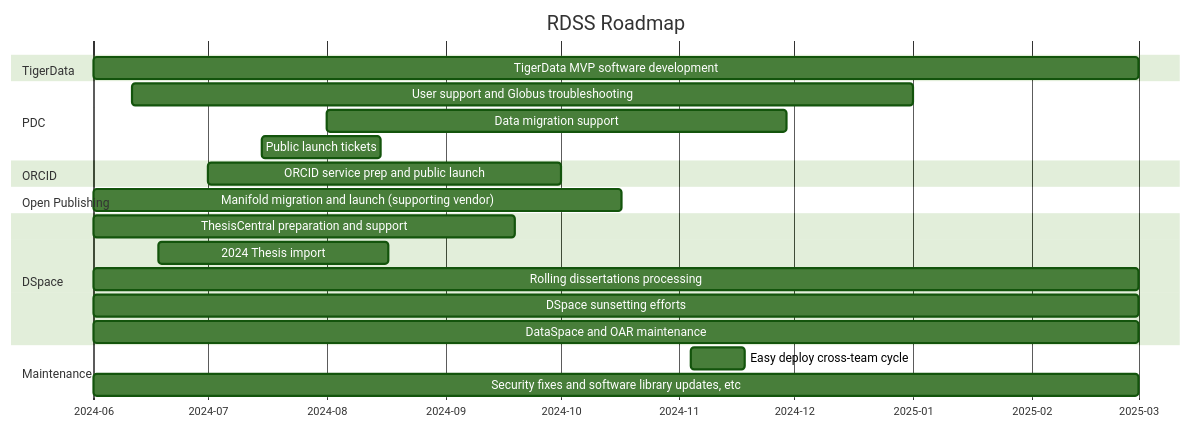
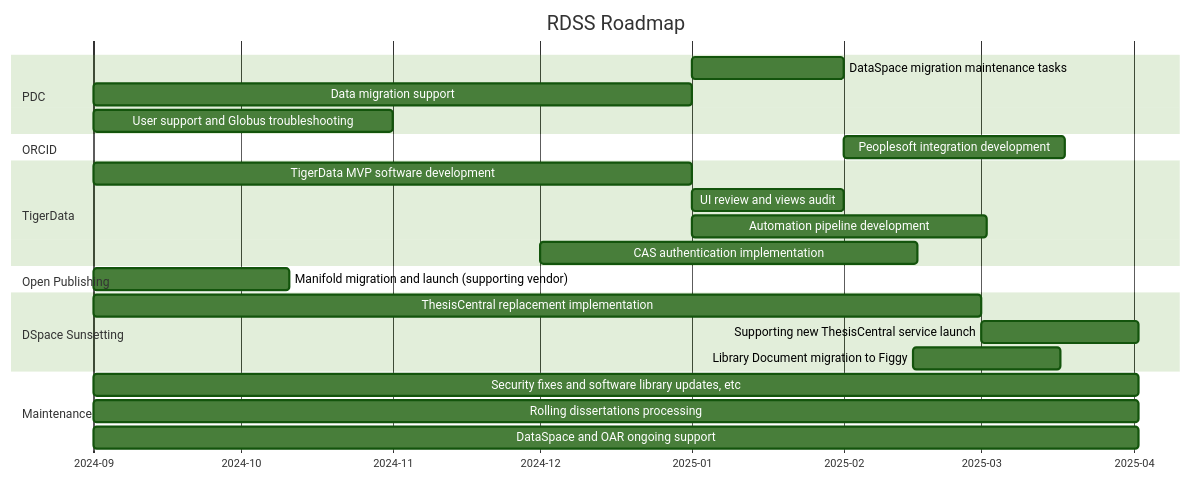
The diagram in roadmap.md (pulibrary/rdss-handbook), drawn with Mermaid (forest theme) before and after one commit.

Commit message:
Added draft first quarter roadmap

````diff
--- a/roadmap.md
+++ b/roadmap.md
@@ -5,25 +5,27 @@
 ```mermaid
 gantt
     title RDSS Roadmap
     axisFormat  %Y-%m
     dateformat YYYY-MM
+    section PDC
+    DataSpace migration maintenance tasks: pd1,2025-01-01,31d
+    Data migration support: pd2,2024-09-01,122d
+    User support and Globus troubleshooting: pd3,2024-09-01,61d
+    section ORCID
+    Peoplesoft integration development: or1,2025-02-01,45d
     section TigerData
-    TigerData MVP software development: td1,2024-06-01,273d
-    section PDC
-    User support and Globus troubleshooting: pd1,2024-06-11,204d
-    Data migration support: pd2, 2024-08-01,120d
-    Public launch tickets: pd3,2024-07-15,31d
-    section ORCID
-    ORCID service prep and public launch: or1,2024-07-01,92d
+    TigerData MVP software development: td1,2024-09-01,122d
+    UI review and views audit: td2,2025-01-01, 31d
+    Automation pipeline development: td3,2025-01-01,60d 
+    CAS authentication implementation: td4,2024-12-01,77d
     section Open Publishing
-    Manifold migration and launch (supporting vendor): op1,2024-06-01,138d
-    section DSpace
-    ThesisCentral preparation and support: dsp1,2024-06-01,110d
-    2024 Thesis import: dsp2,2024-06-18,60d
-    Rolling dissertations processing: dsp3,2024-06-01,273d
-    DSpace sunsetting efforts: dsp4,2024-06-01,273d
-    DataSpace and OAR maintenance: dsp5,2024-06-01,273d
+    Manifold migration and launch (supporting vendor): op1,2024-09-01,40d
+    section DSpace Sunsetting
+    ThesisCentral replacement implementation: dsps1,2024-09-01,181d
+    Supporting new ThesisCentral service launch: dsps2,2025-03-01,32d
+    Library Document migration to Figgy: dsps3,2025-02-15,30d
     section Maintenance
-    Easy deploy cross-team cycle: man1, 2024-11-04, 14d
-    Security fixes and software library updates, etc: man2,2024-06-01,273d
+    Security fixes and software library updates, etc: dsp1,2024-09-01,213d
+    Rolling dissertations processing: dsp2,2024-09-01,213d
+    DataSpace and OAR ongoing support: dsp3,2024-09-01,213d
 ```
````
